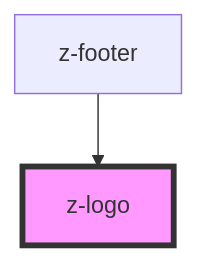
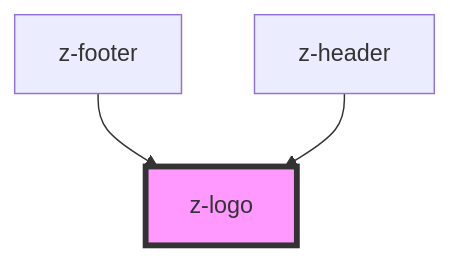
Before and after one commit to ZanichelliEditore/design-system: the diagram in web-components-library/src/components/z-logo/readme.md, drawn with Mermaid. The commit also changed other lines of this file and 7 other files, not shown here.

````diff
--- a/web-components-library/src/components/z-logo/readme.md
+++ b/web-components-library/src/components/z-logo/readme.md
@@ -25,5 +26,6 @@
 ```mermaid
 graph TD;
   z-footer --> z-logo
+  z-header --> z-logo
   style z-logo fill:#f9f,stroke:#333,stroke-width:4px
 ```
````
